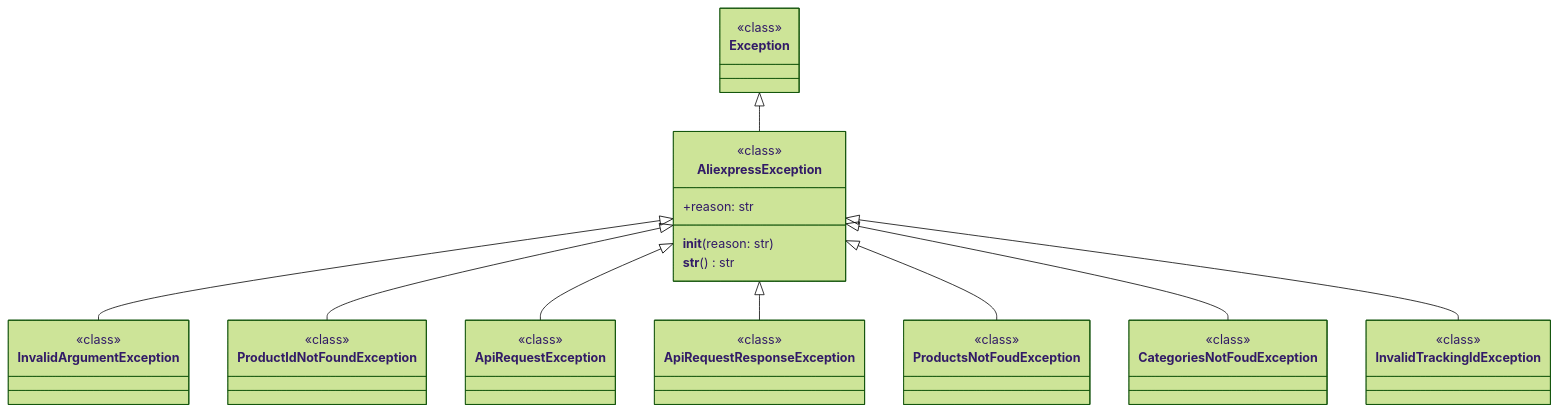
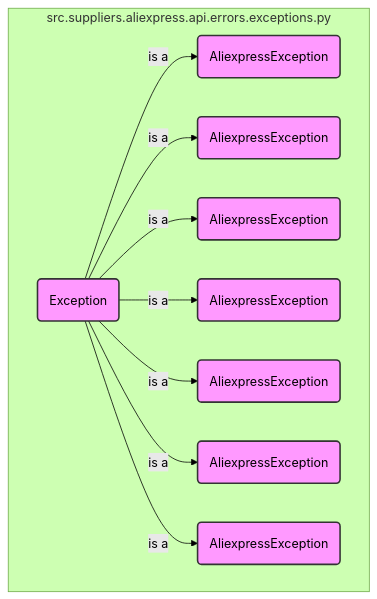
One commit to hypo69/hypo changed the diagram in docs/gemini/ru/explainer/src/suppliers/aliexpress/api/errors/exceptions.py.md. Above: the diagram before and after it, drawn with Mermaid (forest theme). The commit also changed other lines of this file and 223 other files, not shown here.

````diff
--- a/docs/gemini/ru/explainer/src/suppliers/aliexpress/api/errors/exceptions.py.md
+++ b/docs/gemini/ru/explainer/src/suppliers/aliexpress/api/errors/exceptions.py.md
@@ -27,44 +31,24 @@
 ```mermaid
-classDiagram
-    class Exception {
-        <<class>>
-    }
-    class AliexpressException {
-        <<class>>
-        +reason: str
-        __init__(reason: str)
-        __str__() str
-    }
-    class InvalidArgumentException {
-        <<class>>
-    }
-    class ProductIdNotFoundException {
-        <<class>>
-    }
-   class ApiRequestException {
-        <<class>>
-    }
-    class ApiRequestResponseException {
-        <<class>>
-    }
-    class ProductsNotFoudException {
-        <<class>>
-    }
-    class CategoriesNotFoudException {
-        <<class>>
-    }
-    class InvalidTrackingIdException {
-        <<class>>
-    }
+flowchart TD
+    subgraph src.suppliers.aliexpress.api.errors.exceptions.py
+        classDef exception fill:#f9f,stroke:#333,stroke-width:2px
 
-    Exception <|-- AliexpressException
-    AliexpressException <|-- InvalidArgumentException
-    AliexpressException <|-- ProductIdNotFoundException
-    AliexpressException <|-- ApiRequestException
-    AliexpressException <|-- ApiRequestResponseException
-    AliexpressException <|-- ProductsNotFoudException
-    AliexpressException <|-- CategoriesNotFoudException
-    AliexpressException <|-- InvalidTrackingIdException
+        AliexpressException(Exception)
+        AliexpressException -->|is a| InvalidArgumentException(AliexpressException)
+        AliexpressException -->|is a| ProductIdNotFoundException(AliexpressException)
+        AliexpressException -->|is a| ApiRequestException(AliexpressException)
+        AliexpressException -->|is a| ApiRequestResponseException(AliexpressException)
+        AliexpressException -->|is a| ProductsNotFoudException(AliexpressException)
+        AliexpressException -->|is a| CategoriesNotFoudException(AliexpressException)
+        AliexpressException -->|is a| InvalidTrackingIdException(AliexpressException)
 
-    
+        class AliexpressException exception
+        class InvalidArgumentException exception
+        class ProductIdNotFoundException exception
+        class ApiRequestException exception
+        class ApiRequestResponseException exception
+         class ProductsNotFoudException exception
+        class CategoriesNotFoudException exception
+         class InvalidTrackingIdException exception
+    end
 ```
````
